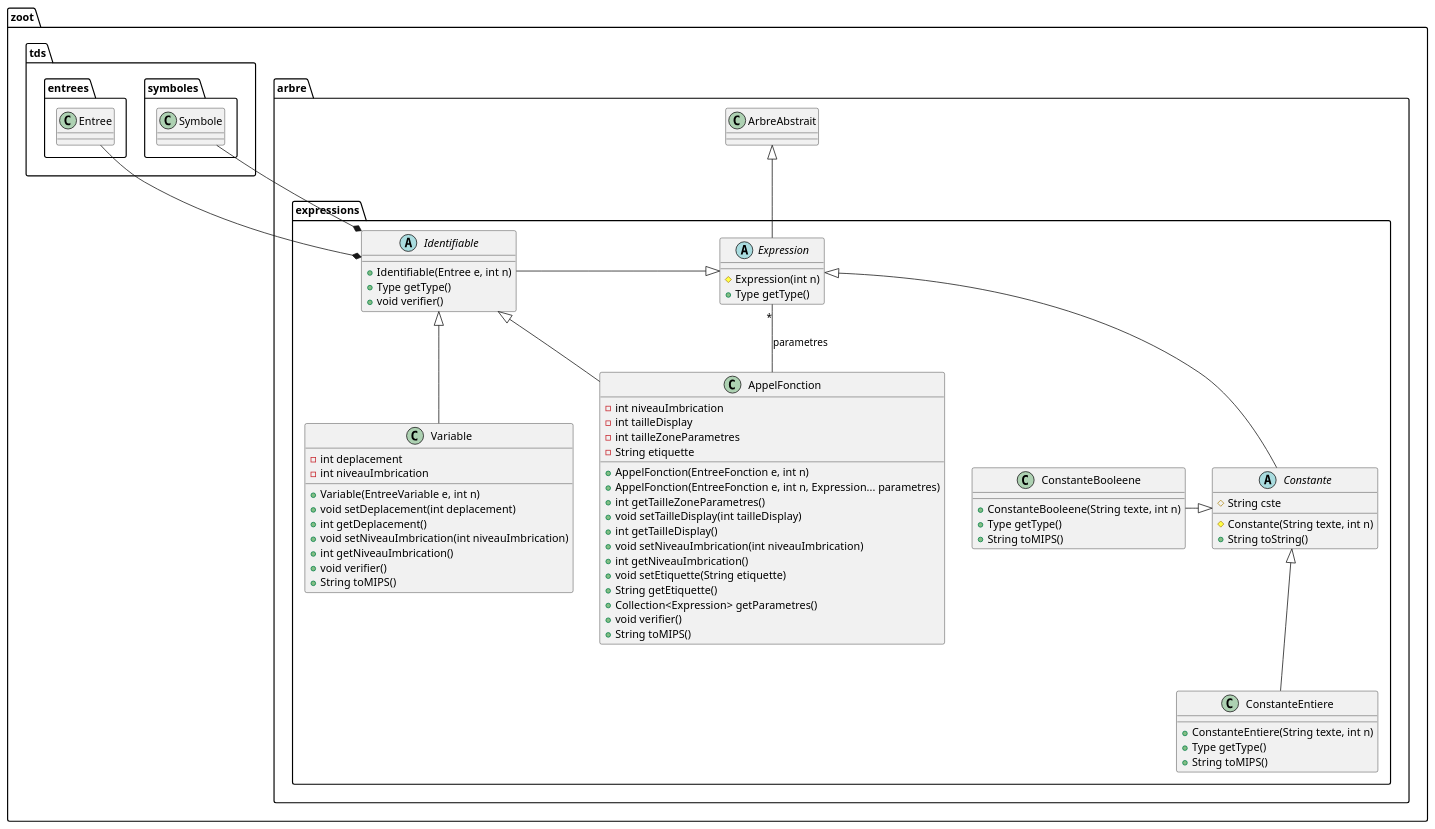
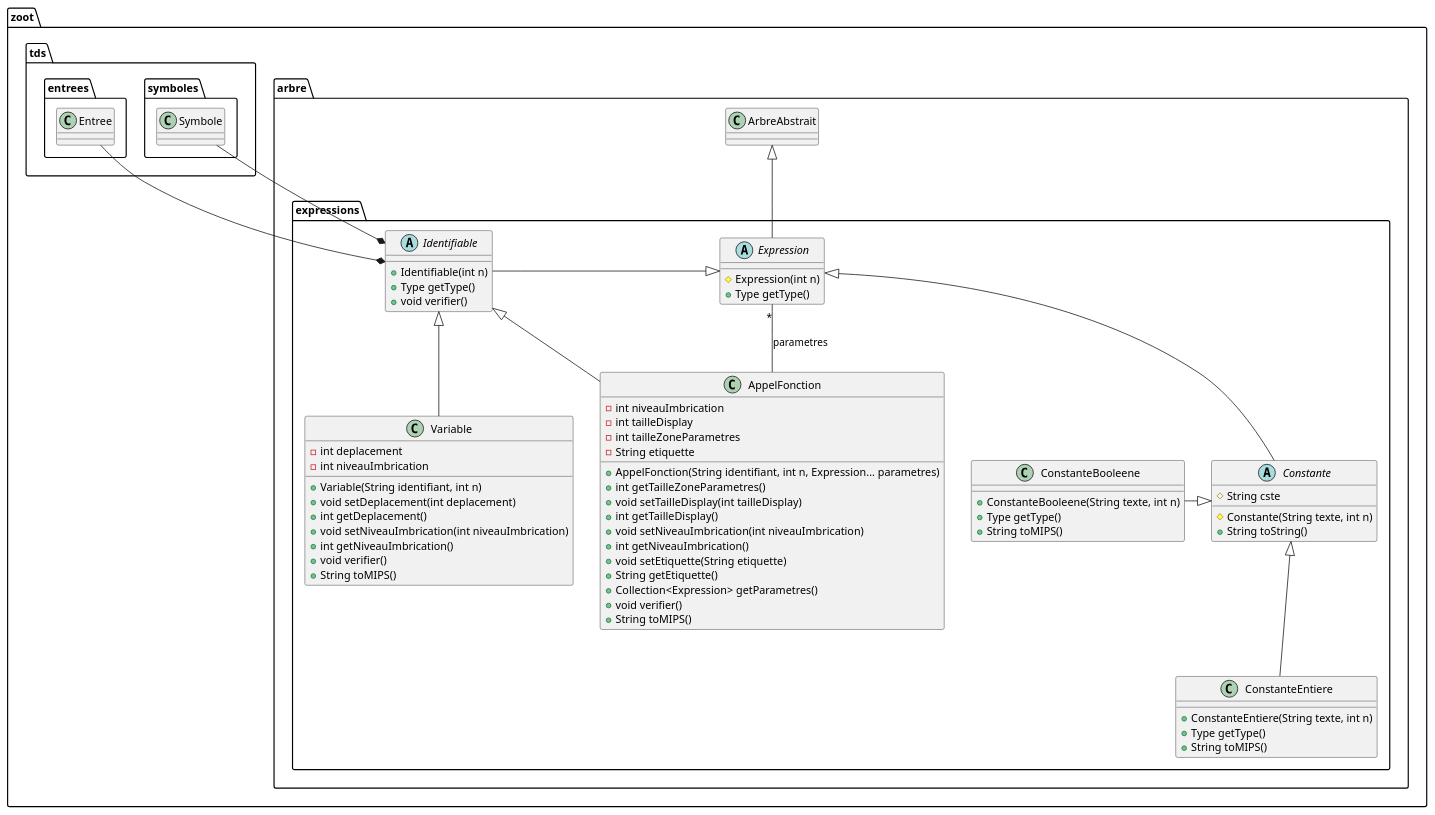
Before and after one commit to lmtb06/zoot: the diagram in diagrammes/classe/expressions.puml, drawn with PlantUML.

Commit message:
Mise à jour du diagramme de classes
# Détails:
 - Je me suis rendu compte que le constructeur de Identifiable et ses descendants ne devrait pas avoir en paramètres une Entree mais seulement la ligne pour Identifiable et juste l'identifiant (string) et autres infos nécessaire pour les descendants.

# Remarques :
 - Il va falloir modifier la grammaire et mettre dans les constructeurs des identifiables la partie qui crée une entrée à partir de l'identifiant (string).

```diff
--- a/diagrammes/classe/expressions.puml
+++ b/diagrammes/classe/expressions.puml
@@ -1,77 +1,76 @@
 @startuml "Package expressions"
 namespace zoot.arbre.expressions {
     ' Includes
     ' Classes
     abstract class Expression {
         # Expression(int n)
         + Type getType()
     }
 
     abstract class Constante {
         # String cste
         # Constante(String texte, int n)
         + String toString()
     }
 
     class ConstanteEntiere {
         + ConstanteEntiere(String texte, int n)
         + Type getType()
         + String toMIPS()
     }
 
     class ConstanteBooleene {
         + ConstanteBooleene(String texte, int n)
         + Type getType()
         + String toMIPS()
 
     }
 
     abstract class Identifiable {
-        + Identifiable(Entree e, int n)
+        + Identifiable(int n)
         + Type getType()
         + void verifier()
     }
 
     class Variable {
         - int deplacement
         - int niveauImbrication
-        + Variable(EntreeVariable e, int n)
+        + Variable(String identifiant, int n)
         + void setDeplacement(int deplacement)
         + int getDeplacement()
         + void setNiveauImbrication(int niveauImbrication)
         + int getNiveauImbrication()
         + void verifier()
         + String toMIPS()
     }
 
     class AppelFonction {
         - int niveauImbrication
         - int tailleDisplay
         - int tailleZoneParametres
         - String etiquette
-        + AppelFonction(EntreeFonction e, int n)
-        + AppelFonction(EntreeFonction e, int n, Expression... parametres)
+        + AppelFonction(String identifiant, int n, Expression... parametres)
         + int getTailleZoneParametres()
         + void setTailleDisplay(int tailleDisplay)
         + int getTailleDisplay()
         + void setNiveauImbrication(int niveauImbrication)
         + int getNiveauImbrication()
         + void setEtiquette(String etiquette)
         + String getEtiquette()
         + Collection<Expression> getParametres()
         + void verifier()
         + String toMIPS()
     }
     ' Relations entre les classes
     Expression -up-|> zoot.arbre.ArbreAbstrait
     Constante -up-|> Expression
     ConstanteEntiere -up-|> Constante
     ConstanteBooleene -right-|> Constante
     Identifiable *-up- zoot.tds.entrees.Entree
     Identifiable *-up- zoot.tds.symboles.Symbole
     Identifiable -left-|> Expression
     Variable -up-|> Identifiable
     AppelFonction -left-|> Identifiable
     AppelFonction --"*" Expression : parametres
 }
 @enduml
```
